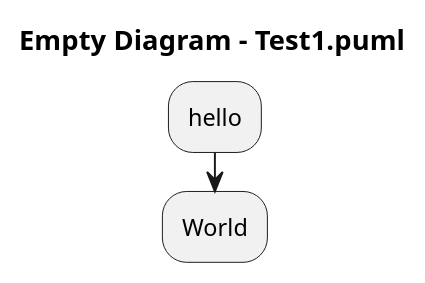
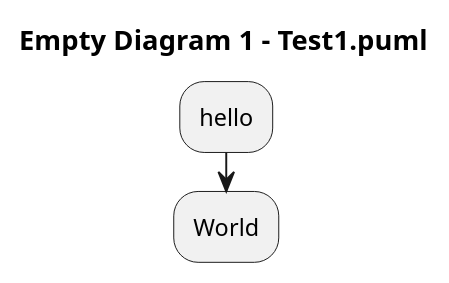
The diagram in Test1.puml (arwenvaughan/test1), drawn with PlantUML before and after one commit.

Commit message:
This commit was initiated from PlantText to edit the file Test1.puml only.

```diff
--- a/Test1.puml
+++ b/Test1.puml
@@ -1,7 +1,7 @@
 @startuml
 
-title Empty Diagram - Test1.puml
+title Empty Diagram 1 - Test1.puml
 :hello;
 :World;
 
 @enduml
```
